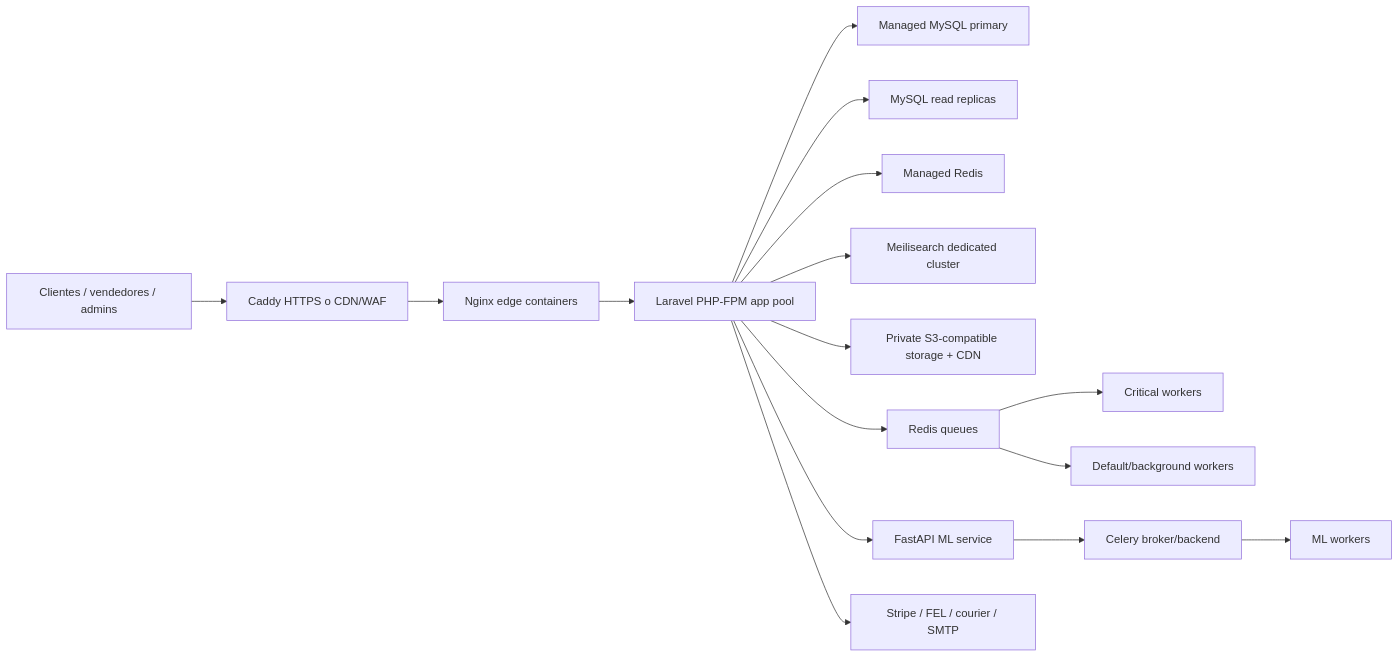
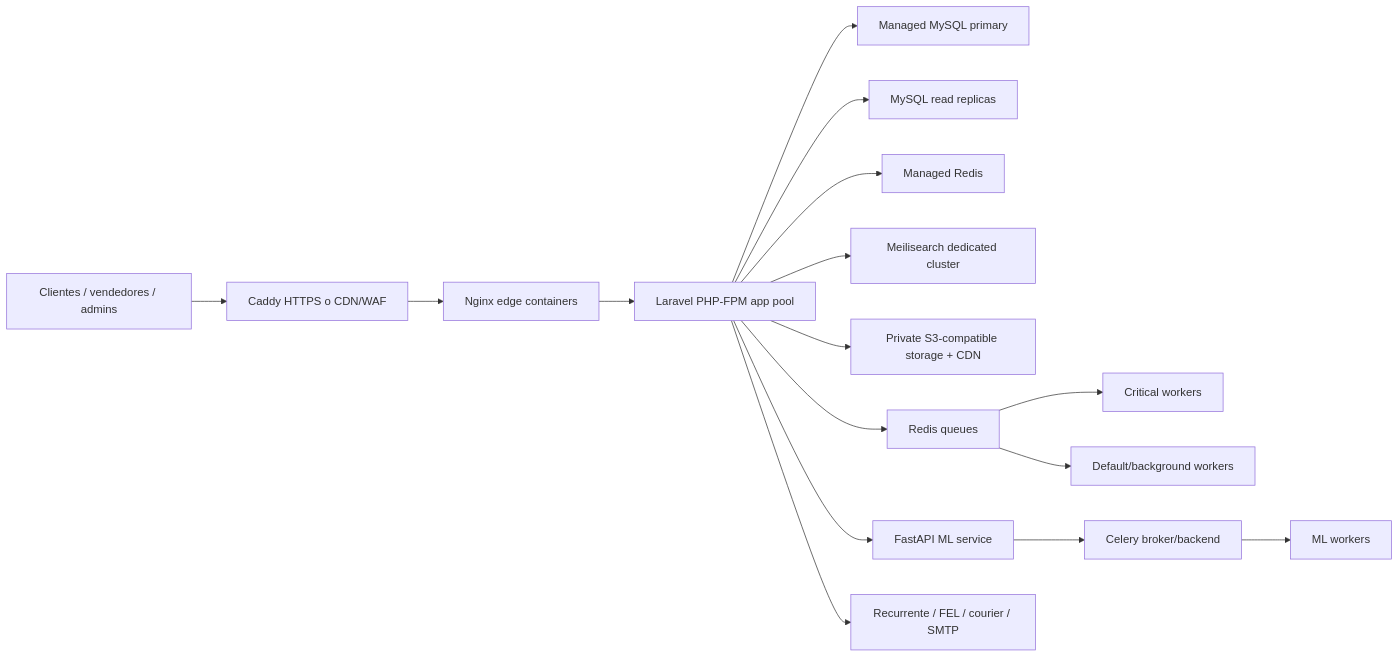
Before and after one commit to GABRI3L1009PCION/Atlantia_Supermarket: the diagram in docs/production-infrastructure.md, drawn with Mermaid. The commit also changed 618 other files, not shown here.

````diff
--- a/docs/production-infrastructure.md
+++ b/docs/production-infrastructure.md
@@ -7,18 +7,18 @@
 ```mermaid
 flowchart LR
     U["Clientes / vendedores / admins"] --> EDGE["Caddy HTTPS o CDN/WAF"]
     EDGE --> WEB["Nginx edge containers"]
     WEB --> PHP["Laravel PHP-FPM app pool"]
     PHP --> DB["Managed MySQL primary"]
     PHP --> RR["MySQL read replicas"]
     PHP --> REDIS["Managed Redis"]
     PHP --> SEARCH["Meilisearch dedicated cluster"]
     PHP --> S3["Private S3-compatible storage + CDN"]
     PHP --> Q["Redis queues"]
     Q --> W1["Critical workers"]
     Q --> W2["Default/background workers"]
     PHP --> ML["FastAPI ML service"]
     ML --> MLQ["Celery broker/backend"]
     MLQ --> MLW["ML workers"]
-    PHP --> EXT["Stripe / FEL / courier / SMTP"]
+    PHP --> EXT["Recurrente / FEL / courier / SMTP"]
 ```
````
